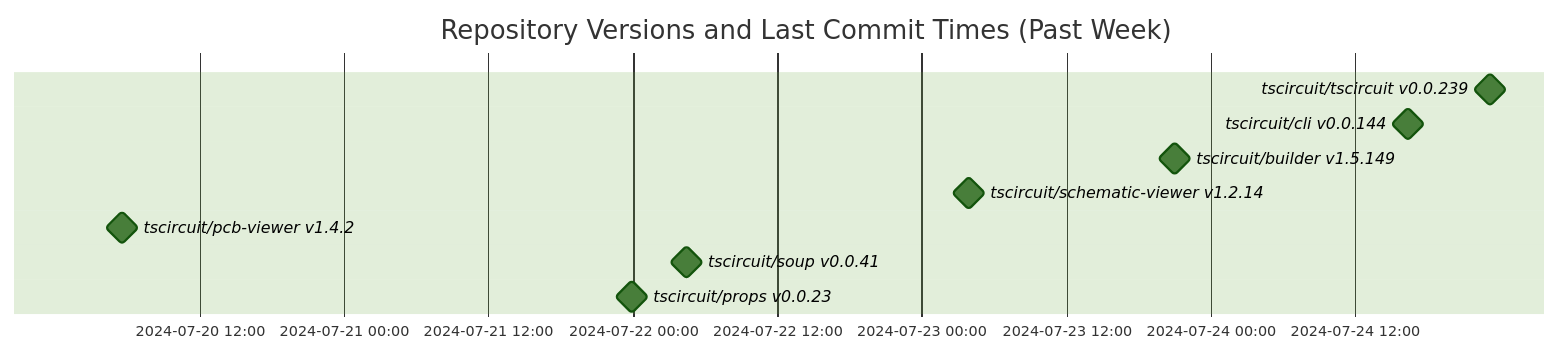
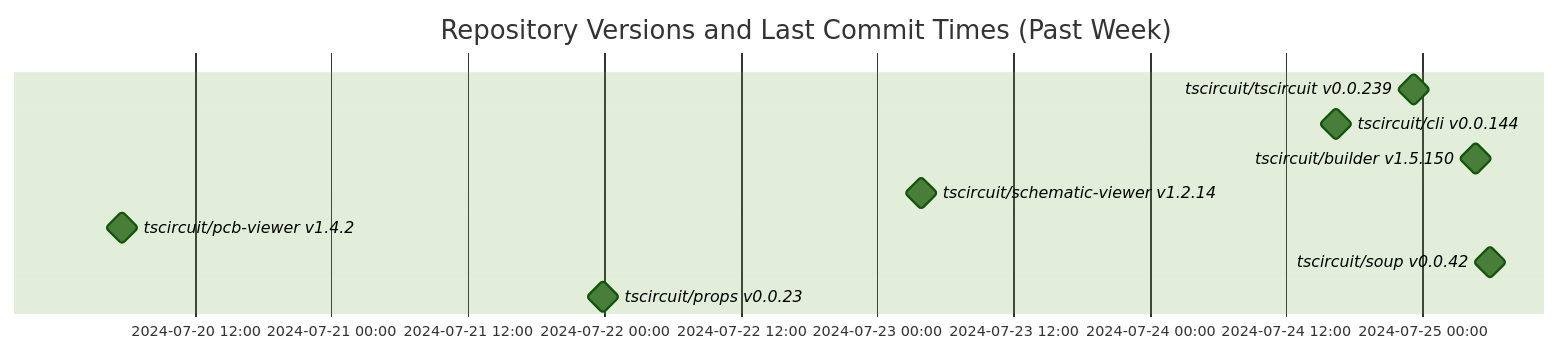
Before and after one commit to tscircuit/version-tracker: the diagram in README.md, drawn with Mermaid (forest theme).

Commit message:
Update chart

````diff
--- a/README.md
+++ b/README.md
@@ -1,14 +1,14 @@
 ```mermaid
 gantt
   dateFormat  YYYY-MM-DD HH:mm:ss
   title Repository Versions and Last Commit Times (Past Week)
   axisFormat %Y-%m-%d %H:%M
 
   tscircuit/tscircuit v0.0.239 : milestone, 2024-07-24 23:11:16, 1s
   tscircuit/cli v0.0.144 : milestone, 2024-07-24 16:24:13, 1s
-  tscircuit/builder v1.5.149 : milestone, 2024-07-23 21:01:43, 1s
+  tscircuit/builder v1.5.150 : milestone, 2024-07-25 04:38:28, 1s
   tscircuit/schematic-viewer v1.2.14 : milestone, 2024-07-23 03:50:56, 1s
   tscircuit/pcb-viewer v1.4.2 : milestone, 2024-07-20 05:34:23, 1s
-  tscircuit/soup v0.0.41 : milestone, 2024-07-22 04:28:33, 1s
+  tscircuit/soup v0.0.42 : milestone, 2024-07-25 05:56:46, 1s
   tscircuit/props v0.0.23 : milestone, 2024-07-21 23:57:13, 1s
 ```
````
